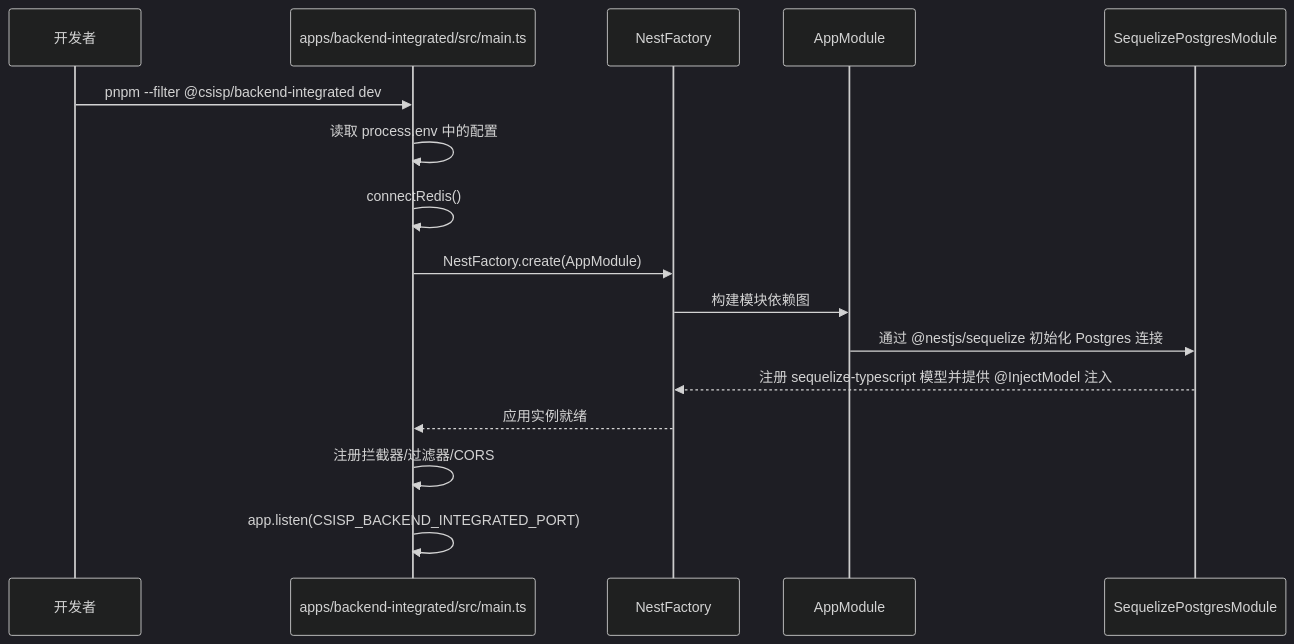
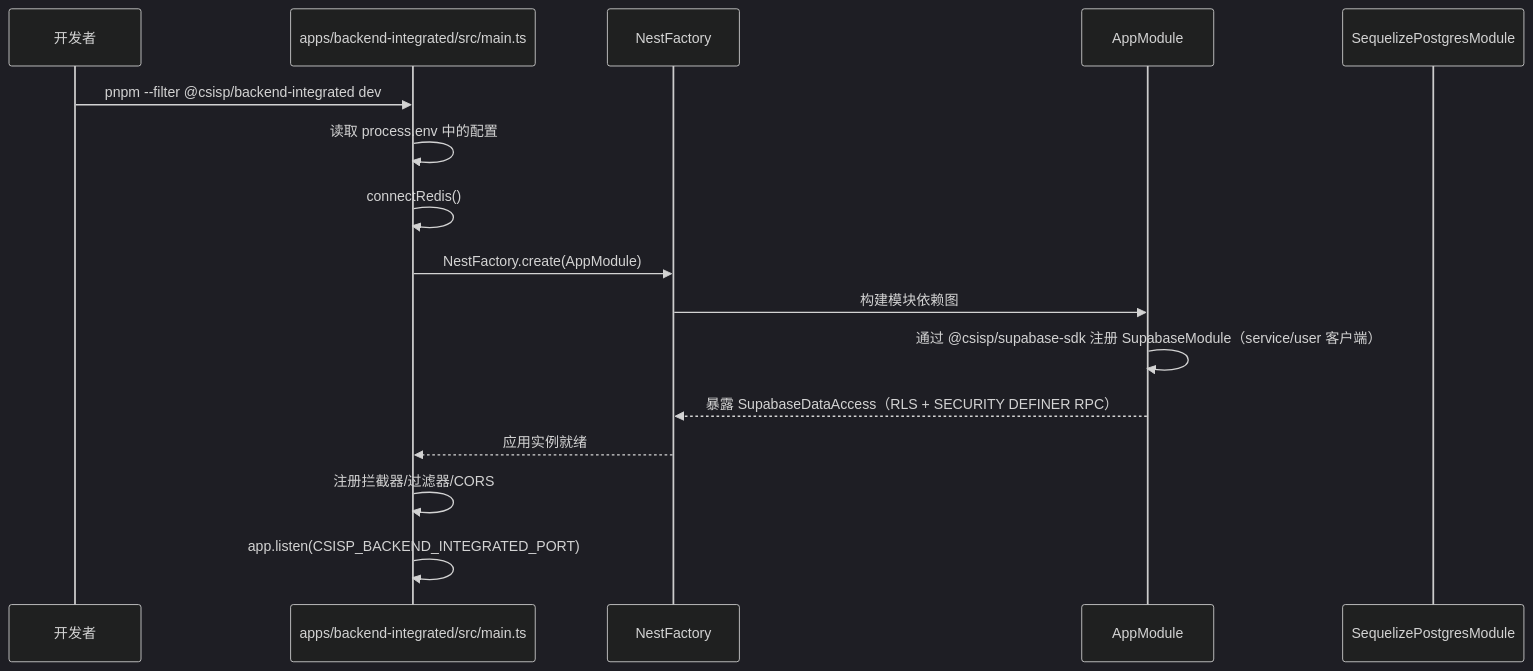
Before and after one commit to LZStarV/CSISP: the second of 3 diagrams in docs-refer/architecture/技术架构设计文档.md, drawn with Mermaid (dark theme). The commit also changed other lines of this file and 71 other files, not shown here.

````diff
--- a/docs-refer/architecture/技术架构设计文档.md
+++ b/docs-refer/architecture/技术架构设计文档.md
@@ -339,19 +340,19 @@
 ```mermaid
 sequenceDiagram
   participant Dev as 开发者
   participant Main as apps/backend-integrated/src/main.ts
   participant Nest as NestFactory
   participant AppMod as AppModule
   participant PGMod as SequelizePostgresModule
 
   Dev->>Main: pnpm --filter @csisp/backend-integrated dev
   Main->>Main: 读取 process.env 中的配置
   Main->>Main: connectRedis()
   Main->>Nest: NestFactory.create(AppModule)
   Nest->>AppMod: 构建模块依赖图
-  AppMod->>PGMod: 通过 @nestjs/sequelize 初始化 Postgres 连接
-  PGMod-->>Nest: 注册 sequelize-typescript 模型并提供 @InjectModel 注入
+  AppMod->>AppMod: 通过 @csisp/supabase-sdk 注册 SupabaseModule（service/user 客户端）
+  AppMod-->>Nest: 暴露 SupabaseDataAccess（RLS + SECURITY DEFINER RPC）
   Nest-->>Main: 应用实例就绪
   Main->>Main: 注册拦截器/过滤器/CORS
   Main->>Main: app.listen(CSISP_BACKEND_INTEGRATED_PORT)
 ```
````
